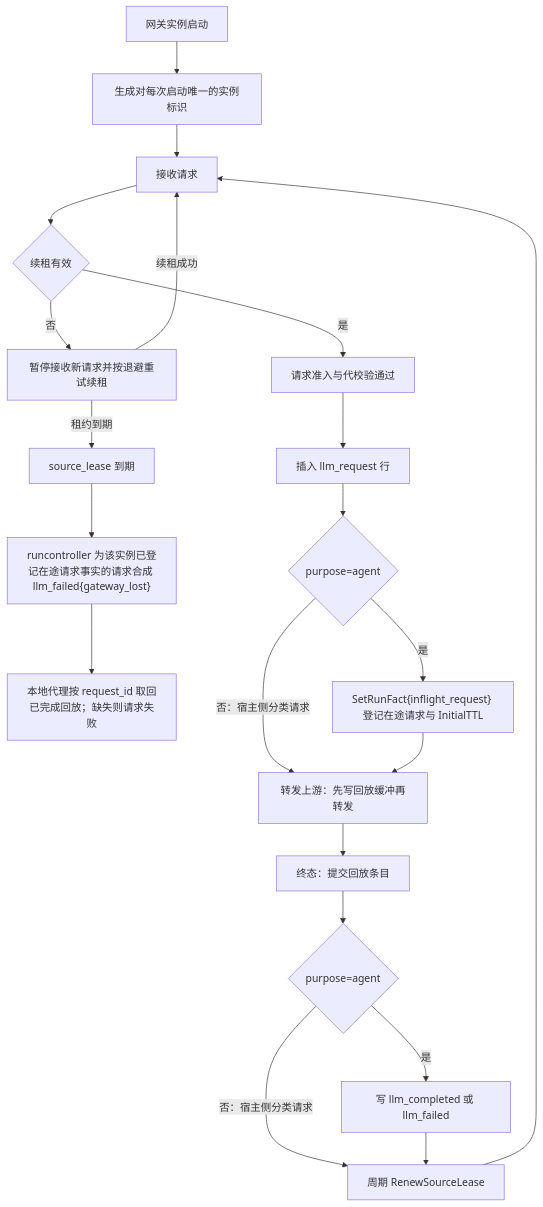
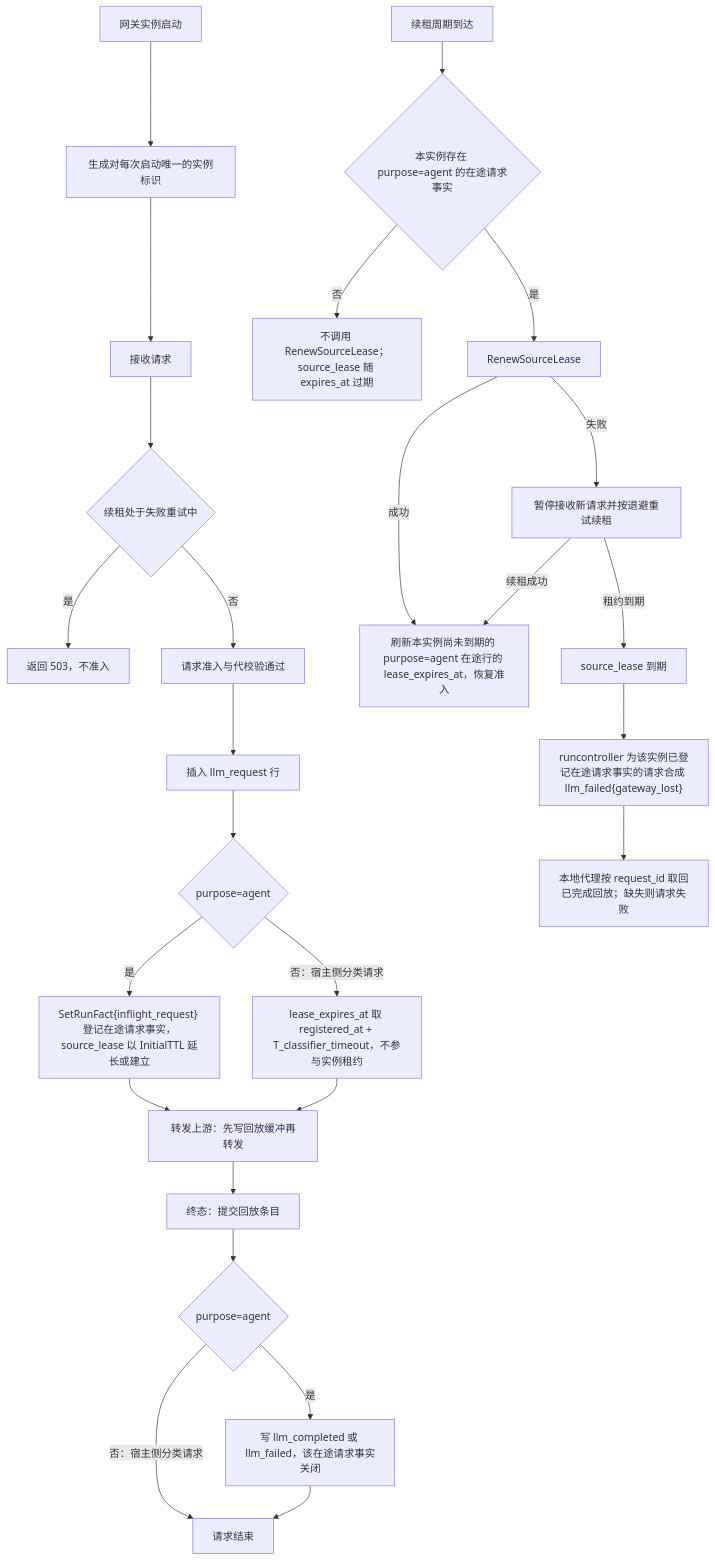
The third of 3 diagrams in docs/design/modules/design-llmgateway.md (wangzw/castworks), drawn with Mermaid before and after one commit. The commit also changed other lines of this file and 9 other files, not shown here.

````diff
--- a/docs/design/modules/design-llmgateway.md
+++ b/docs/design/modules/design-llmgateway.md
@@ -200,23 +201,28 @@
 ```mermaid
 flowchart TD
     A["网关实例启动"] --> B["生成对每次启动唯一的实例标识"]
     B --> C["接收请求"]
-    C --> D{"续租有效"}
-    D -- "否" --> E["暂停接收新请求并按退避重试续租"]
-    E -->|"续租成功"| C
+    C --> D{"续租处于失败重试中"}
+    D -- "是" --> W["返回 503，不准入"]
+    D -- "否" --> I["请求准入与代校验通过"]
+    I --> N["插入 llm_request 行"]
+    N --> O{"purpose=agent"}
+    O -- "是" --> J["SetRunFact{inflight_request} 登记在途请求事实，source_lease 以 InitialTTL 延长或建立"]
+    O -- "否：宿主侧分类请求" --> X["lease_expires_at 取 registered_at + T_classifier_timeout，不参与实例租约"]
+    J --> K["转发上游：先写回放缓冲再转发"]
+    X --> K
+    K --> P["终态：提交回放条目"]
+    P --> Q{"purpose=agent"}
+    Q -- "是" --> L["写 llm_completed 或 llm_failed，该在途请求事实关闭"]
+    Q -- "否：宿主侧分类请求" --> Z["请求结束"]
+    L --> Z
+    T["续租周期到达"] --> U{"本实例存在 purpose=agent 的在途请求事实"}
+    U -- "否" --> V["不调用 RenewSourceLease；source_lease 随 expires_at 过期"]
+    U -- "是" --> R["RenewSourceLease"]
+    R -- "成功" --> S["刷新本实例尚未到期的 purpose=agent 在途行的 lease_expires_at，恢复准入"]
+    R -- "失败" --> E["暂停接收新请求并按退避重试续租"]
+    E -->|"续租成功"| S
     E -->|"租约到期"| F["source_lease 到期"]
     F --> G["runcontroller 为该实例已登记在途请求事实的请求合成 llm_failed{gateway_lost}"]
     G --> H["本地代理按 request_id 取回已完成回放；缺失则请求失败"]
-    D -- "是" --> I["请求准入与代校验通过"]
-    I --> N["插入 llm_request 行"]
-    N --> O{"purpose=agent"}
-    O -- "是" --> J["SetRunFact{inflight_request} 登记在途请求与 InitialTTL"]
-    O -- "否：宿主侧分类请求" --> K
-    J --> K["转发上游：先写回放缓冲再转发"]
-    K --> P["终态：提交回放条目"]
-    P --> Q{"purpose=agent"}
-    Q -- "是" --> L["写 llm_completed 或 llm_failed"]
-    Q -- "否：宿主侧分类请求" --> M
-    L --> M["周期 RenewSourceLease"]
-    M --> C
 ```
````
